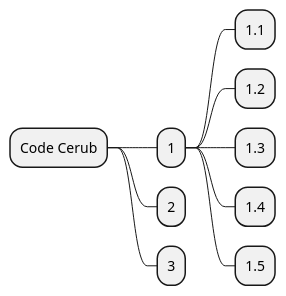
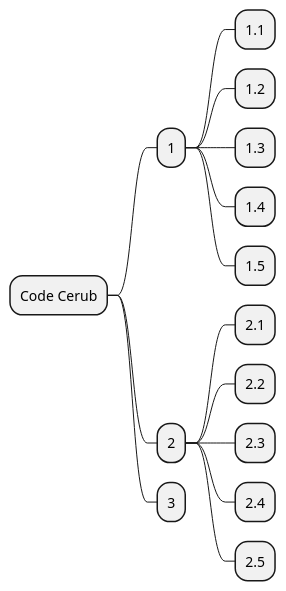
The third of 4 diagrams in dokumentit/10-Projektihallinta/projektisuunnitelma.md (ninaleo/S2021-AB5160-core), drawn with PlantUML before and after one commit.

````diff
--- a/dokumentit/10-Projektihallinta/projektisuunnitelma.md
+++ b/dokumentit/10-Projektihallinta/projektisuunnitelma.md
@@ -168,13 +168,18 @@
 ```plantuml
 @startmindmap
 + Code Cerub
 ++ 1
 +++ 1.1
 +++ 1.2
 +++ 1.3
 +++ 1.4
 +++ 1.5
 ++ 2
++++ 2.1
++++ 2.2
++++ 2.3
++++ 2.4
++++ 2.5
 ++ 3
 @endmindmap
 ```
````
